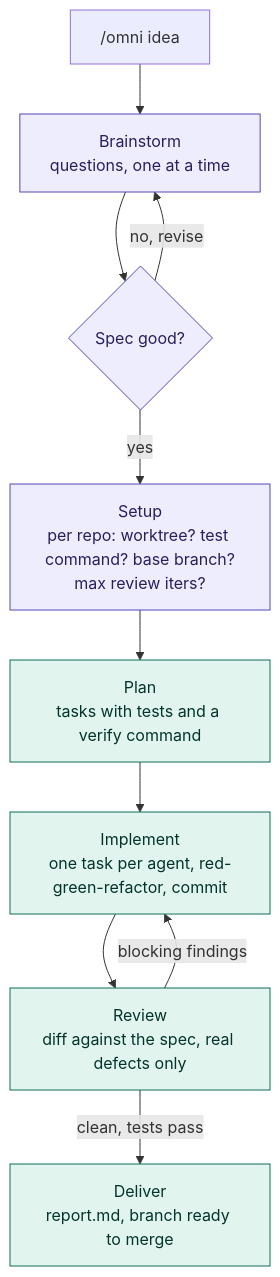
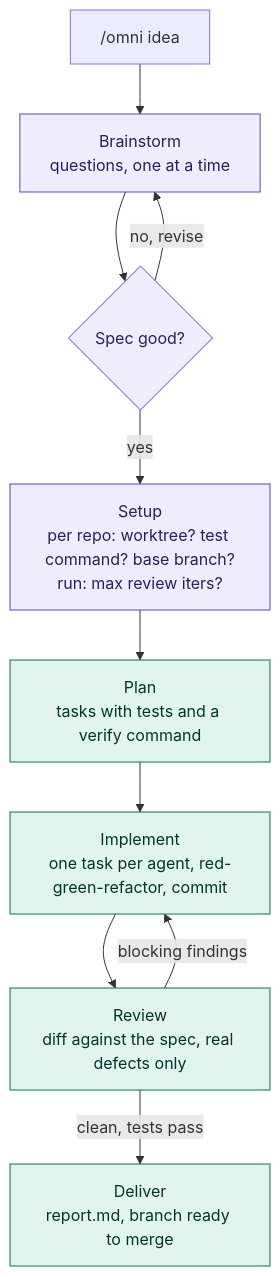
The first of 2 diagrams in README.md (himkit/omni-pipeline-plugin), drawn with Mermaid before and after one commit. The commit also changed other lines of this file and 14 other files, not shown here.

````diff
--- a/README.md
+++ b/README.md
@@ -100,17 +100,17 @@
 ```mermaid
 flowchart TD
     A["/omni idea"] --> B["Brainstorm<br/>questions, one at a time"]
     B --> C{"Spec good?"}
     C -- "no, revise" --> B
-    C -- "yes" --> D["Setup<br/>per repo: worktree? test command? base branch?<br/>max review iters?"]
+    C -- "yes" --> D["Setup<br/>per repo: worktree? test command? base branch?<br/>run: max review iters?"]
     D --> E["Plan<br/>tasks with tests and a verify command"]
     E --> F["Implement<br/>one task per agent, red-green-refactor, commit"]
     F --> G["Review<br/>diff against the spec, real defects only"]
     G -- "blocking findings" --> F
     G -- "clean, tests pass" --> H["Deliver<br/>report.md, branch ready to merge"]
 
     classDef human fill:#EEEDFE,stroke:#534AB7,color:#26215C
     classDef auto fill:#E1F5EE,stroke:#0F6E56,color:#04342C
     class B,C,D human
     class E,F,G,H auto
 ```
````
